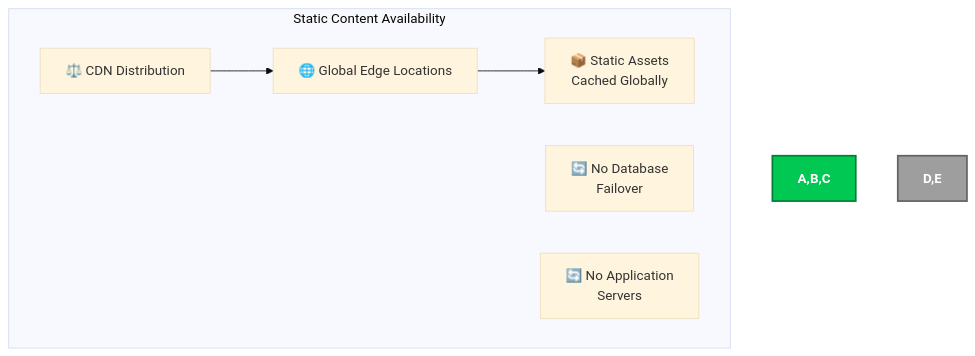
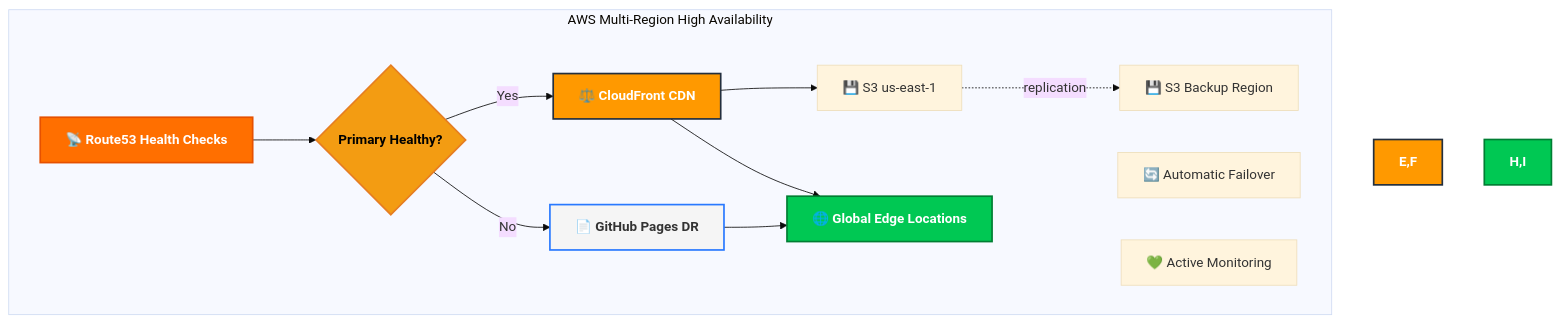
Before and after one commit to Hack23/blacktrigram: the eighth of 22 diagrams in docs/api/media/SECURITY_ARCHITECTURE.md, drawn with Mermaid (base theme). The commit also changed other lines of this file and 1932 other files, not shown here.

````diff
--- a/docs/api/media/SECURITY_ARCHITECTURE.md
+++ b/docs/api/media/SECURITY_ARCHITECTURE.md
@@ -369,13 +384,25 @@
 ```mermaid
 graph TD
-    subgraph "Static Content Availability"
-        A[⚖️ CDN Distribution] --> B[🌐 Global Edge Locations]
-        B --> C[📦 Static Assets<br/>Cached Globally]
-
-        D[🔄 No Database<br/>Failover]
-        E[🔄 No Application<br/>Servers]
+    subgraph "AWS Multi-Region High Availability"
+        A[📡 Route53 Health Checks] --> B{Primary Healthy?}
+        B -->|Yes| C[⚖️ CloudFront CDN]
+        B -->|No| D[📄 GitHub Pages DR]
+        
+        C --> E[💾 S3 us-east-1]
+        E -.replication.-> F[💾 S3 Backup Region]
+        
+        C --> G[🌐 Global Edge Locations]
+        D --> G
+        
+        H[🔄 Automatic Failover]
+        I[💚 Active Monitoring]
     end
 
-    style A,B,C fill:#00C853,stroke:#007E33,stroke-width:2px,color:white,font-weight:bold
-    style D,E fill:#9E9E9E,stroke:#616161,stroke-width:2px,color:white,font-weight:bold
+    style A fill:#FF6F00,stroke:#E65100,stroke-width:2px,color:white,font-weight:bold
+    style B fill:#f39c12,stroke:#e67e22,stroke-width:2px,color:black,font-weight:bold
+    style C fill:#FF9900,stroke:#232F3E,stroke-width:2px,color:white,font-weight:bold
+    style D fill:#f5f5f5,stroke:#2979FF,stroke-width:2px,font-weight:bold
+    style E,F fill:#FF9900,stroke:#232F3E,stroke-width:2px,color:white,font-weight:bold
+    style G fill:#00C853,stroke:#007E33,stroke-width:2px,color:white,font-weight:bold
+    style H,I fill:#00C853,stroke:#007E33,stroke-width:2px,color:white,font-weight:bold
 ```
````
